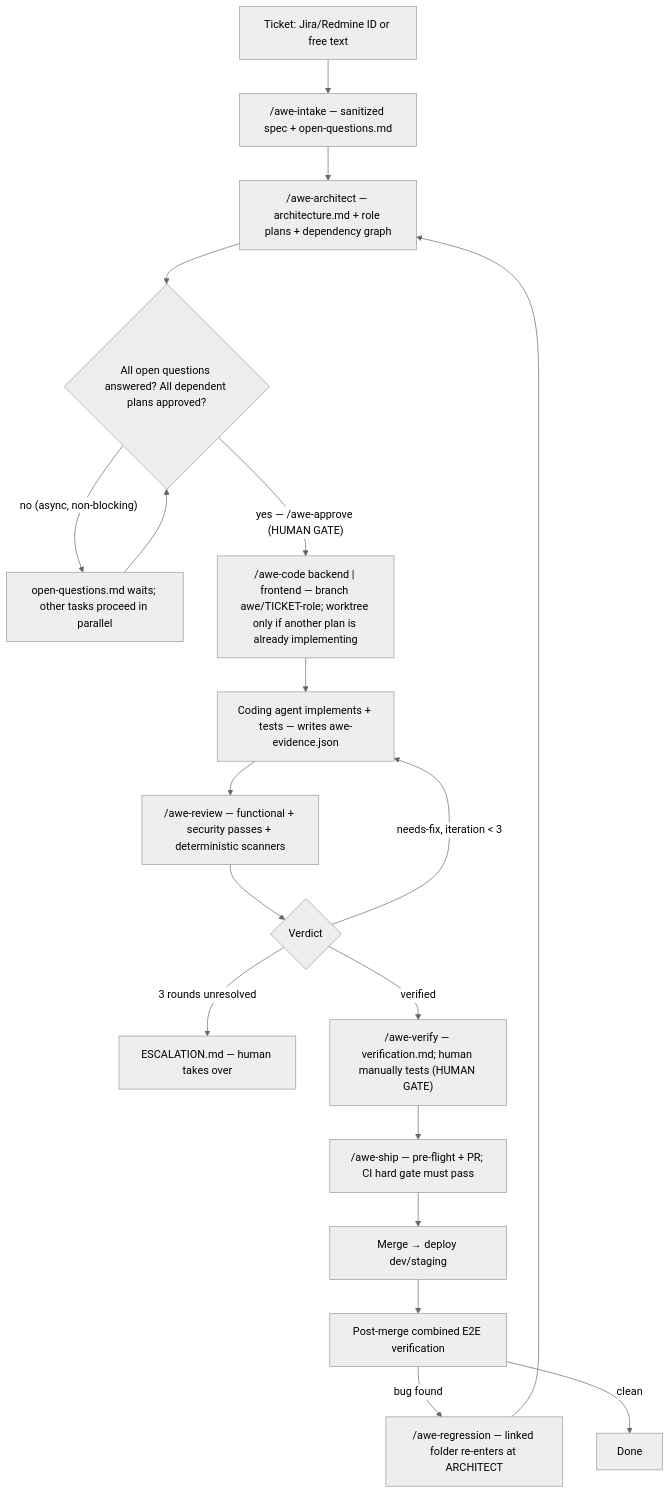
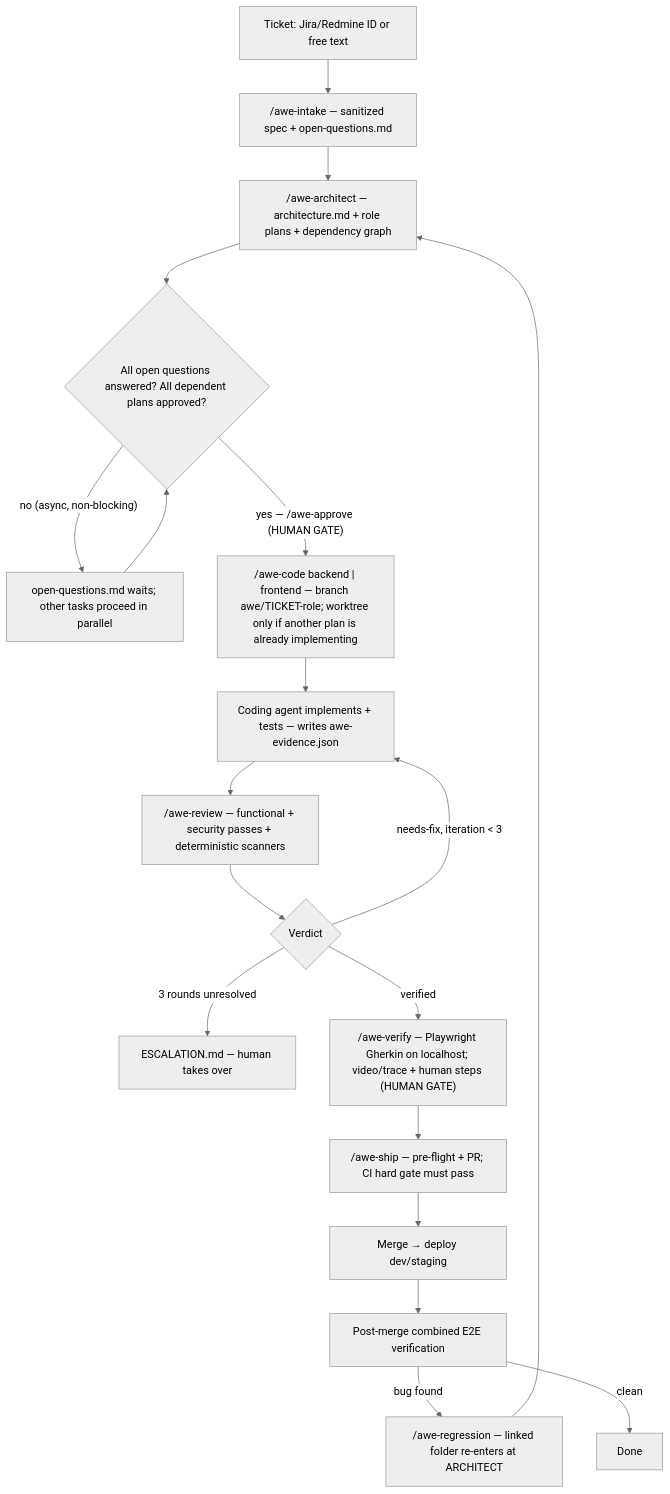
One commit to muizather/rt-coding-essentials changed the first of 11 diagrams in docs/FLOW.md. Above: the diagram before and after it, drawn with Mermaid (neutral theme). The commit also changed other lines of this file and 21 other files, not shown here.

First line of the commit message:
Require Playwright VERIFY on localhost with video and API traces.

````diff
--- a/docs/FLOW.md
+++ b/docs/FLOW.md
@@ -16,21 +16,21 @@
 ```mermaid
 flowchart TD
     A["Ticket: Jira/Redmine ID or free text"] --> B["/awe-intake — sanitized spec + open-questions.md"]
     B --> C["/awe-architect — architecture.md + role plans + dependency graph"]
     C --> D{"All open questions answered? All dependent plans approved?"}
     D -- "no (async, non-blocking)" --> DQ["open-questions.md waits; other tasks proceed in parallel"]
     DQ --> D
     D -- "yes — /awe-approve (HUMAN GATE)" --> E["/awe-code backend | frontend — branch awe/TICKET-role; worktree only if another plan is already implementing"]
     E --> F["Coding agent implements + tests — writes awe-evidence.json"]
     F --> G["/awe-review — functional + security passes + deterministic scanners"]
     G --> H{"Verdict"}
     H -- "needs-fix, iteration < 3" --> F
     H -- "3 rounds unresolved" --> ESC["ESCALATION.md — human takes over"]
-    H -- "verified" --> I["/awe-verify — verification.md; human manually tests (HUMAN GATE)"]
+    H -- "verified" --> I["/awe-verify — Playwright Gherkin on localhost; video/trace + human steps (HUMAN GATE)"]
     I --> J["/awe-ship — pre-flight + PR; CI hard gate must pass"]
     J --> K["Merge → deploy dev/staging"]
     K --> L["Post-merge combined E2E verification"]
     L -- "bug found" --> M["/awe-regression — linked folder re-enters at ARCHITECT"]
     M --> C
     L -- "clean" --> N["Done"]
 ```
````
